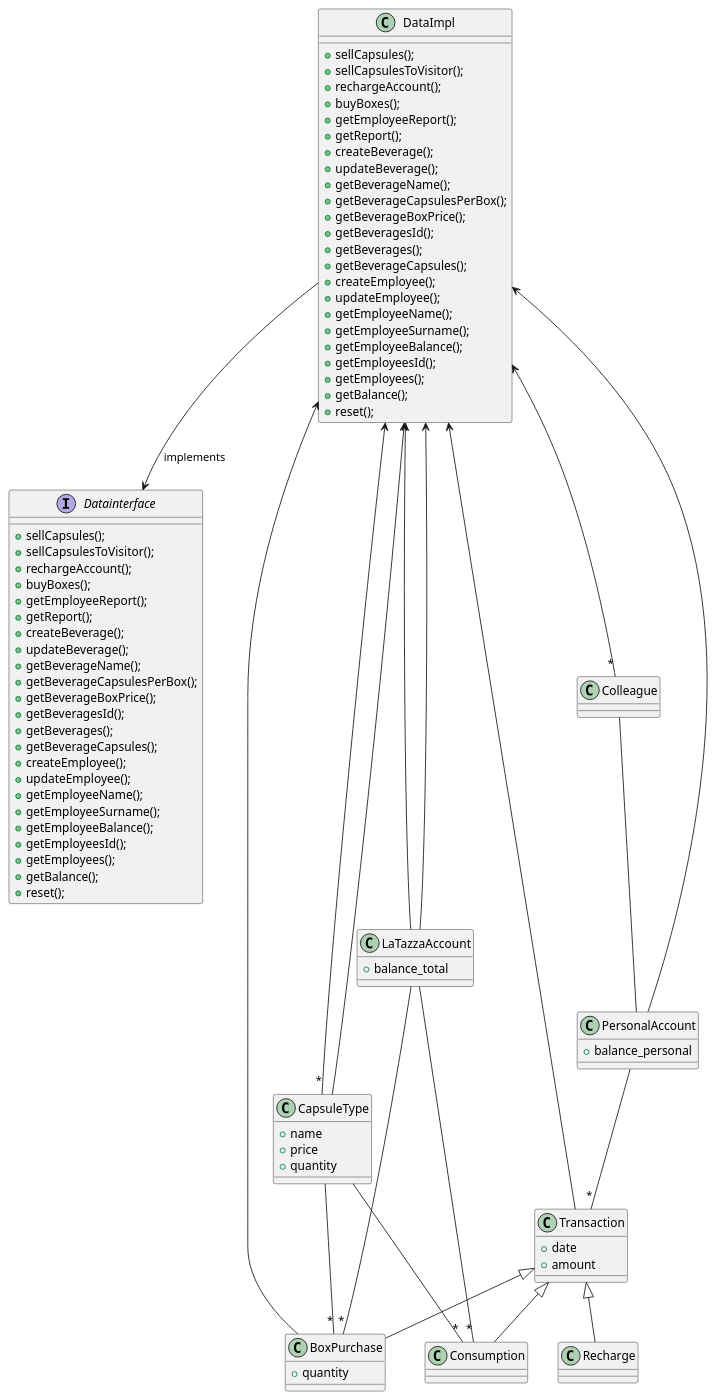
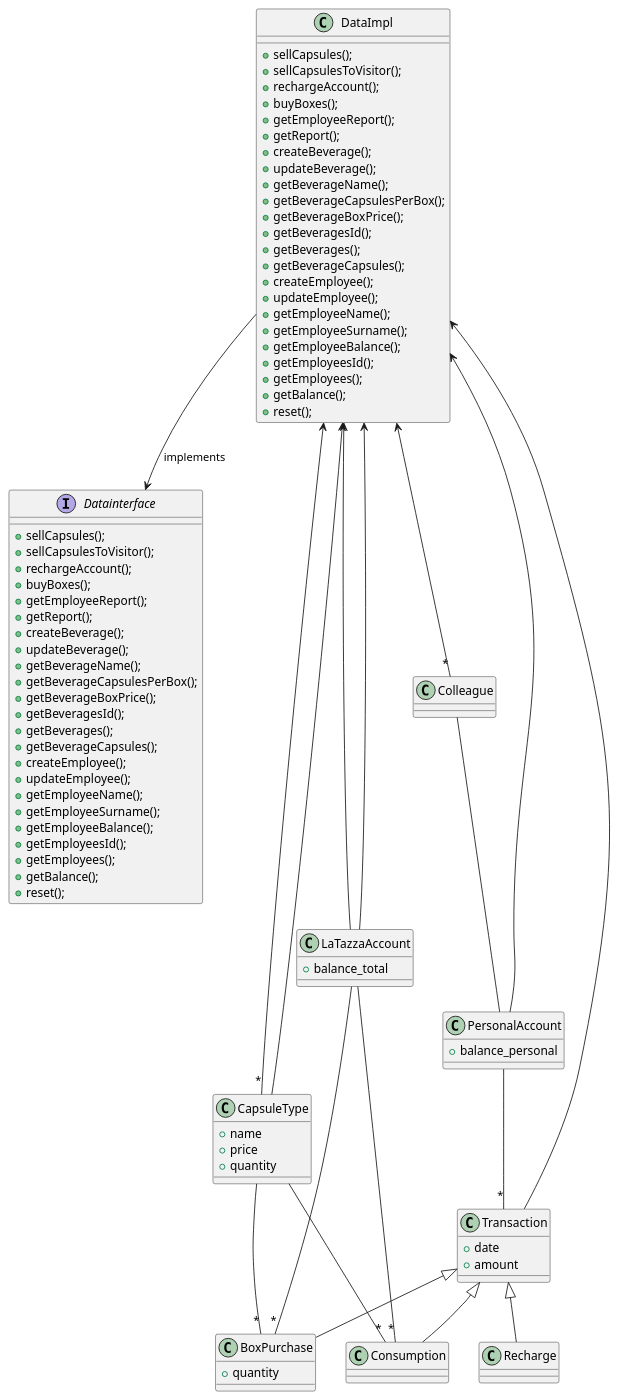
Before and after one commit to salvatore-dimartino/LaTazza: the third of 7 diagrams in templates/DesignDocumentTemplate.md, drawn with PlantUML.

```diff
--- a/templates/DesignDocumentTemplate.md
+++ b/templates/DesignDocumentTemplate.md
@@ -150,8 +150,6 @@
 + quantity
 }
 
-BoxPurchase --> DataImpl
-
 class Transaction {
 + date
 + amount
```
